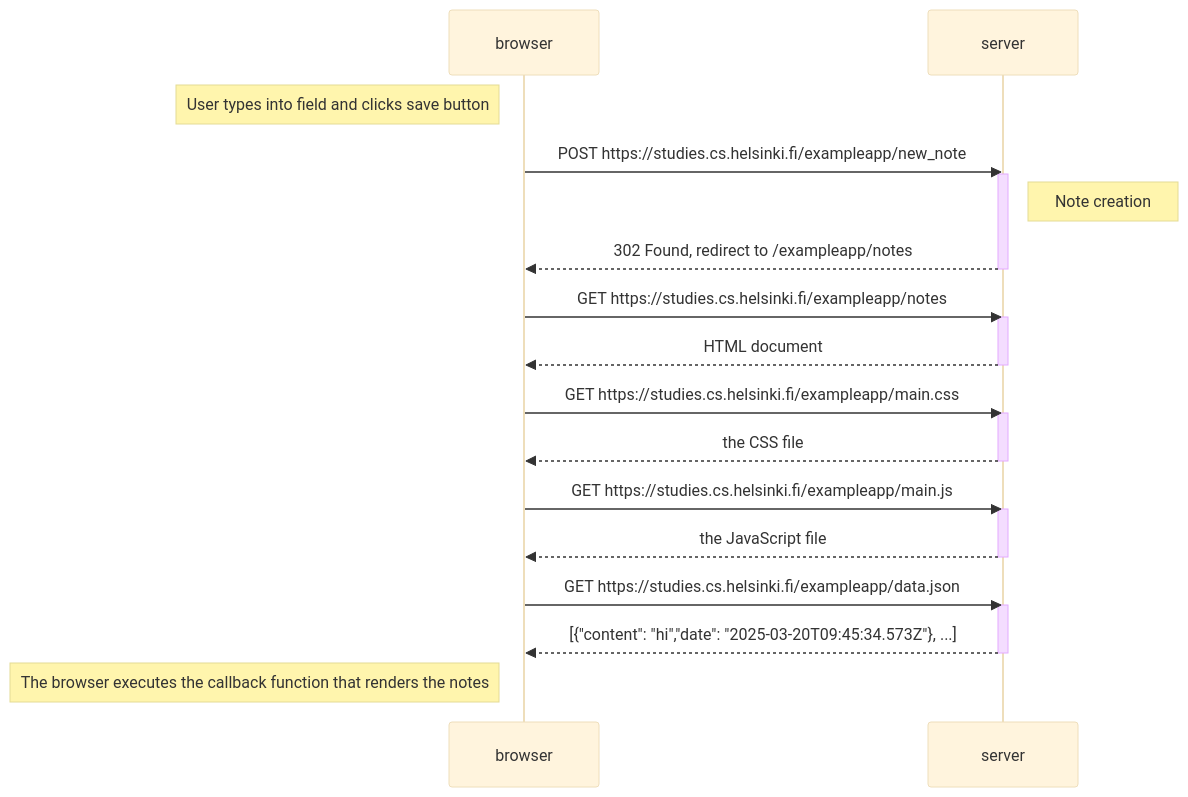
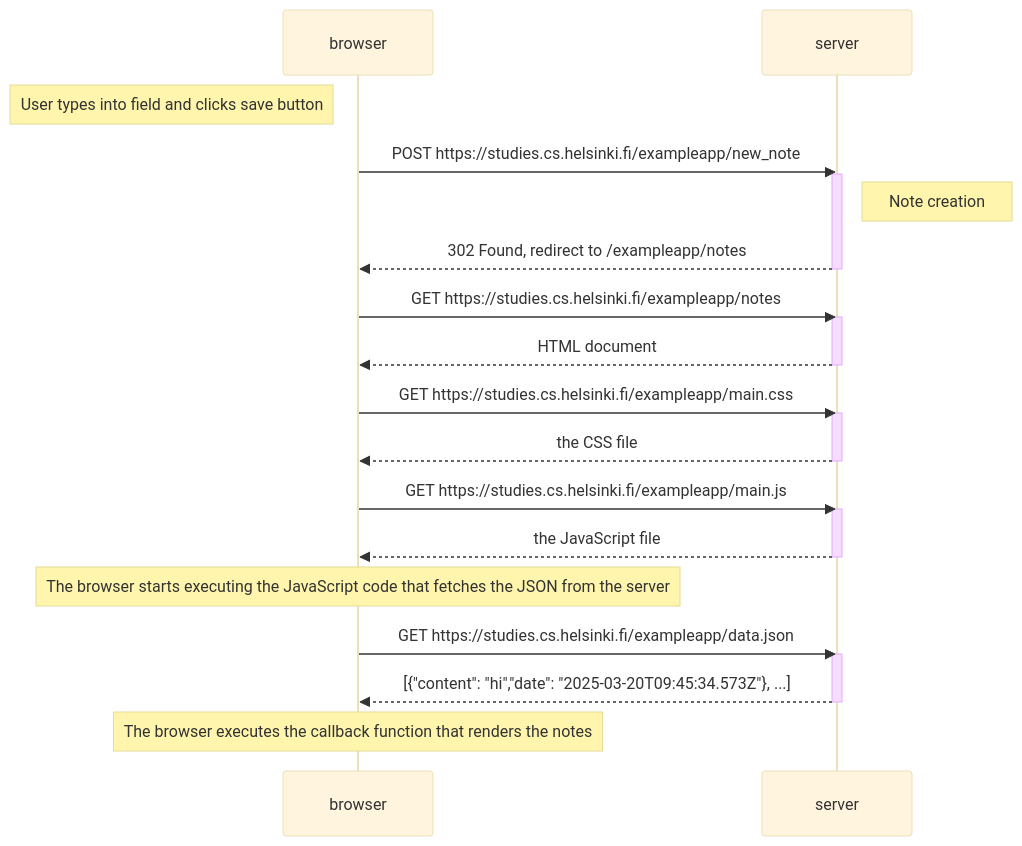
Before and after one commit to wkktoria/fullstackopen: the diagram in part00/0.4-new_note_diagram.md, drawn with Mermaid (base theme).

````diff
--- a/part00/0.4-new_note_diagram.md
+++ b/part00/0.4-new_note_diagram.md
@@ -1,34 +1,36 @@
 ```mermaid
 sequenceDiagram
   participant browser
   participant server
 
   Note left of browser: User types into field and clicks save button
   browser->>server: POST https://studies.cs.helsinki.fi/exampleapp/new_note
   activate server
   Note right of server: Note creation
   server-->>browser: 302 Found, redirect to /exampleapp/notes
   deactivate server
 
   browser->>server: GET https://studies.cs.helsinki.fi/exampleapp/notes
   activate server
   server-->>browser: HTML document
   deactivate server
 
   browser->>server: GET https://studies.cs.helsinki.fi/exampleapp/main.css
   activate server
   server-->>browser: the CSS file
   deactivate server
 
   browser->>server: GET https://studies.cs.helsinki.fi/exampleapp/main.js
   activate server
   server-->>browser: the JavaScript file
   deactivate server
 
+  Note over browser: The browser starts executing the JavaScript code that fetches the JSON from the server
+
   browser->>server: GET https://studies.cs.helsinki.fi/exampleapp/data.json
   activate server
   server-->>browser: [{"content": "hi","date": "2025-03-20T09:45:34.573Z"}, ...]
   deactivate server
 
-  Note left of browser: The browser executes the callback function that renders the notes
+  Note over browser: The browser executes the callback function that renders the notes
 ```
````
